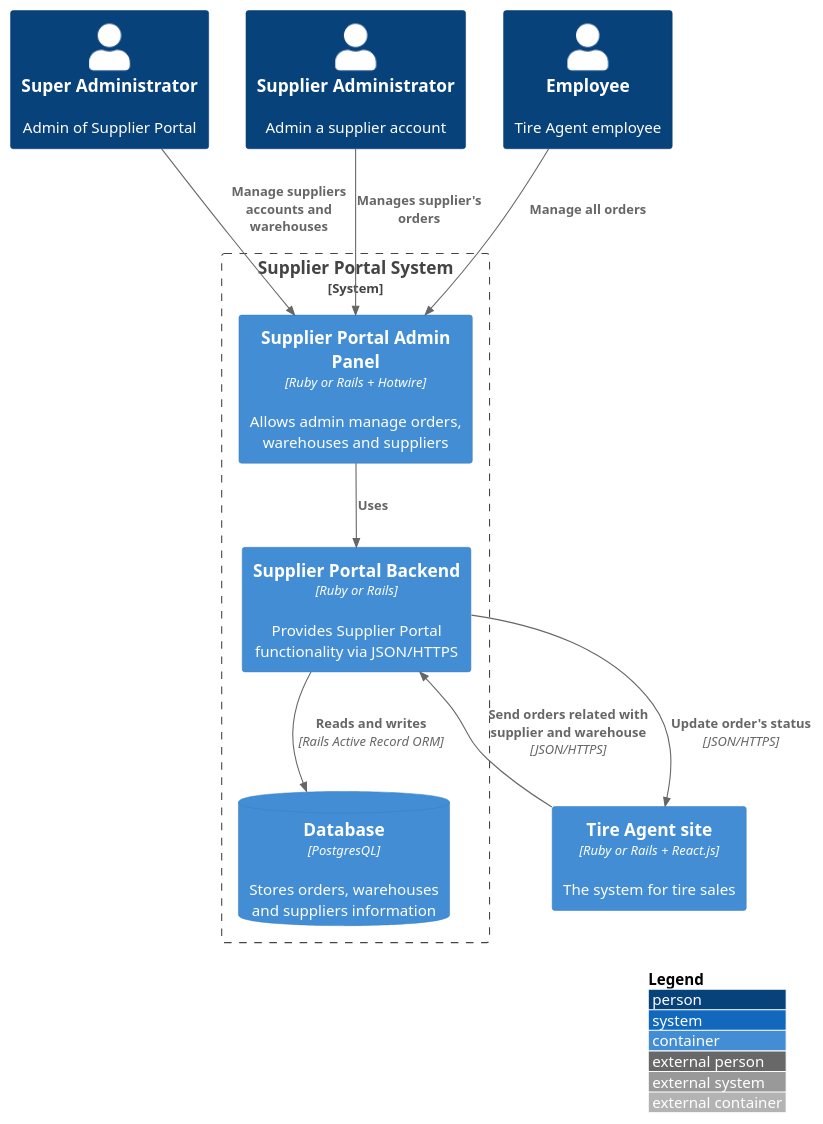
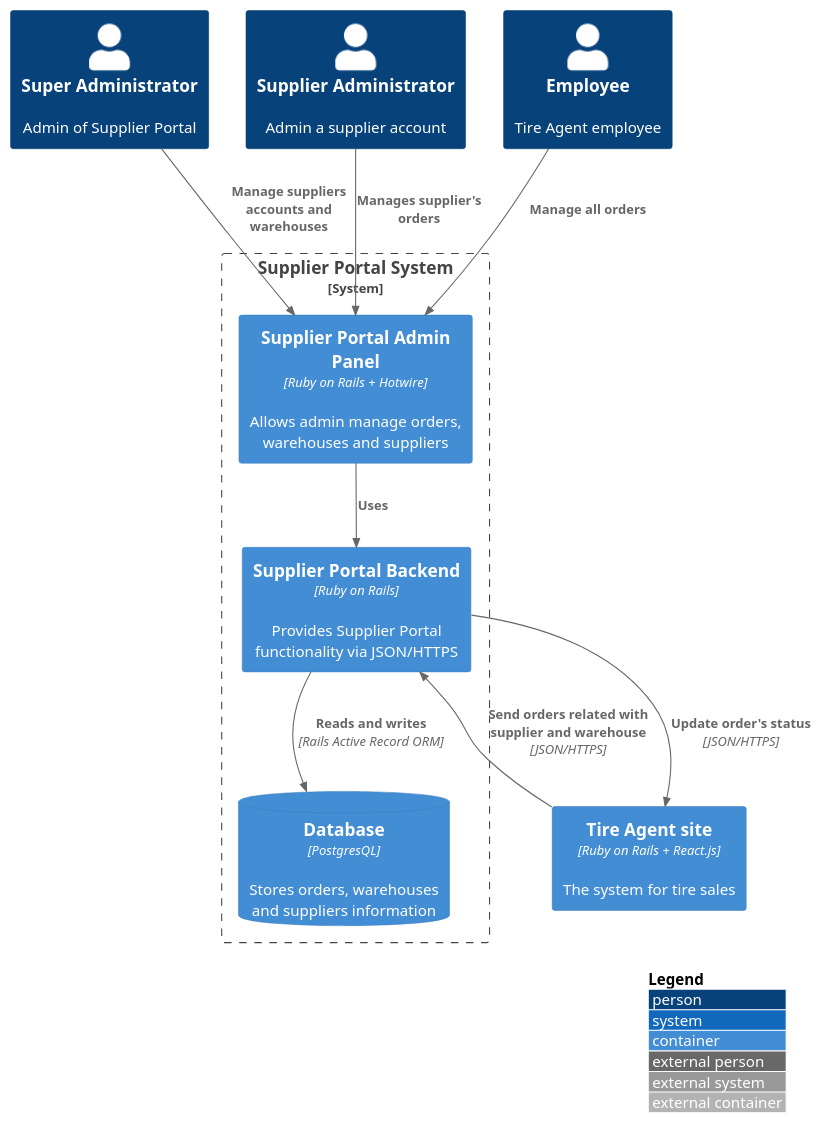
One commit to artsiomivanets/docs changed the diagram in src/1.6 Diagrams for TireAgent Supplier Portal/1.6.2 Containers Diagram/context.puml. Above: the diagram before and after it, drawn with PlantUML. The commit also changed 60 other files, not shown here.

```diff
--- a/src/1.6 Diagrams for TireAgent Supplier Portal/1.6.2 Containers Diagram/context.puml
+++ b/src/1.6 Diagrams for TireAgent Supplier Portal/1.6.2 Containers Diagram/context.puml
@@ -1,25 +1,25 @@
 @startuml
 !include https://raw.githubusercontent.com/adrianvlupu/C4-PlantUML/latest/C4_Container.puml
 
 LAYOUT_WITH_LEGEND()
 
 Person(super_admin, "Super Administrator", "Admin of Supplier Portal")
 Person(supplier_admin, "Supplier Administrator", "Admin a supplier account")
 Person(employee, "Employee", "Tire Agent employee")
-Container(ta, "Tire Agent site", "Ruby or Rails + React.js", "The system for tire sales")
+Container(ta, "Tire Agent site", "Ruby on Rails + React.js", "The system for tire sales")
 
 System_Boundary(pp_system, "Supplier Portal System") {
-    Container(ip_be_app, "Supplier Portal Backend", "Ruby or Rails", "Provides Supplier Portal functionality via JSON/HTTPS")
-    Container(ip_admin_panel, "Supplier Portal Admin Panel", "Ruby or Rails + Hotwire", "Allows admin manage orders, warehouses and suppliers")
+    Container(ip_be_app, "Supplier Portal Backend", "Ruby on Rails", "Provides Supplier Portal functionality via JSON/HTTPS")
+    Container(ip_admin_panel, "Supplier Portal Admin Panel", "Ruby on Rails + Hotwire", "Allows admin manage orders, warehouses and suppliers")
     ContainerDb(db, "Database", "PostgresQL", "Stores orders, warehouses and suppliers information")
 }
 
 Rel(super_admin, ip_admin_panel, "Manage suppliers accounts and warehouses")
 Rel(supplier_admin, ip_admin_panel, "Manages supplier's orders")
 Rel(employee, ip_admin_panel, "Manage all orders")
 Rel(ip_be_app, db, "Reads and writes", "Rails Active Record ORM")
 Rel(ip_admin_panel, ip_be_app, "Uses")
 Rel(ta, ip_be_app, "Send orders related with supplier and warehouse", "JSON/HTTPS")
 Rel(ip_be_app, ta, "Update order's status", "JSON/HTTPS")
 
 @enduml
```
